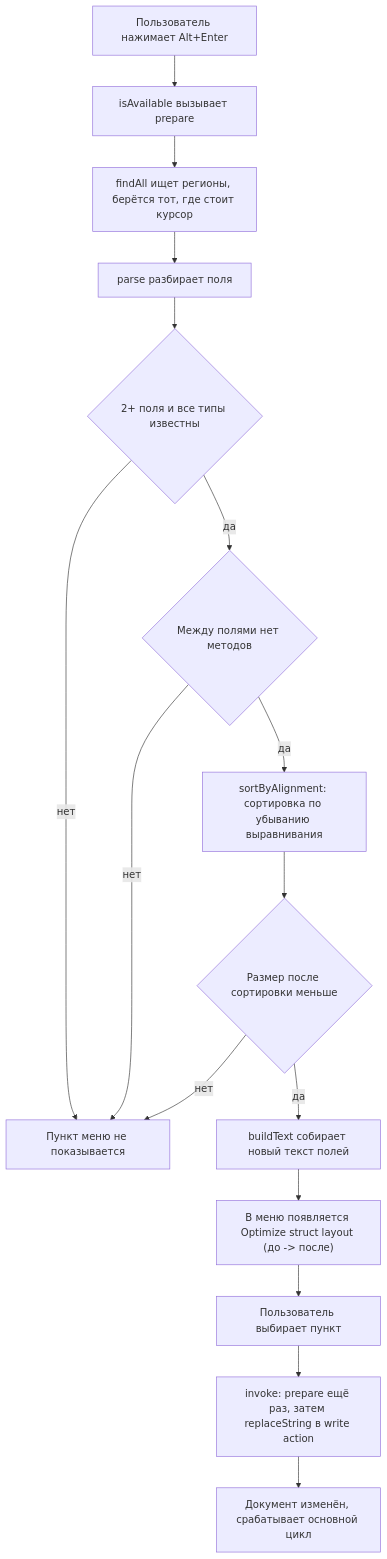
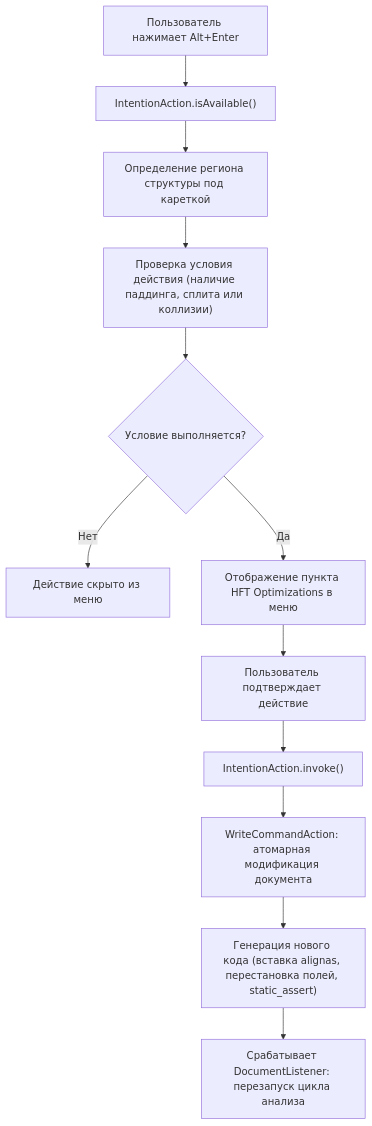
The third of 3 diagrams in README.md (irumka/Hot-Path-Highlighter), drawn with Mermaid before and after one commit. The commit also changed other lines of this file and 32 other files, not shown here.

````diff
--- a/README.md
+++ b/README.md
@@ -108,18 +184,14 @@
 ```mermaid
 flowchart TD
-  A["Пользователь нажимает Alt+Enter"] --> B["isAvailable вызывает prepare"]
-  B --> C["findAll ищет регионы, берётся тот, где стоит курсор"]
-  C --> D["parse разбирает поля"]
-  D --> E{"2+ поля и все типы известны"}
-  E -- нет --> N["Пункт меню не показывается"]
-  E -- да --> F{"Между полями нет методов"}
-  F -- нет --> N
-  F -- да --> G["sortByAlignment: сортировка по убыванию выравнивания"]
-  G --> H{"Размер после сортировки меньше"}
-  H -- нет --> N
-  H -- да --> I["buildText собирает новый текст полей"]
-  I --> J["В меню появляется Optimize struct layout (до -> после)"]
-  J --> K["Пользователь выбирает пункт"]
-  K --> L["invoke: prepare ещё раз, затем replaceString в write action"]
-  L --> M["Документ изменён, срабатывает основной цикл"]
+  A["Пользователь нажимает Alt+Enter"] --> B["IntentionAction.isAvailable()"]
+  B --> C["Определение региона структуры под кареткой"]
+  C --> D["Проверка условия действия (наличие паддинга, сплита или коллизии)"]
+  D --> E{"Условие выполняется?"}
+  E -- Нет --> F["Действие скрыто из меню"]
+  E -- Да --> G["Отображение пункта HFT Optimizations в меню"]
+  G --> H["Пользователь подтверждает действие"]
+  H --> I["IntentionAction.invoke()"]
+  I --> J["WriteCommandAction: атомарная модификация документа"]
+  J --> K["Генерация нового кода (вставка alignas, перестановка полей, static_assert)"]
+  K --> L["Срабатывает DocumentListener: перезапуск цикла анализа"]
 ```
````
